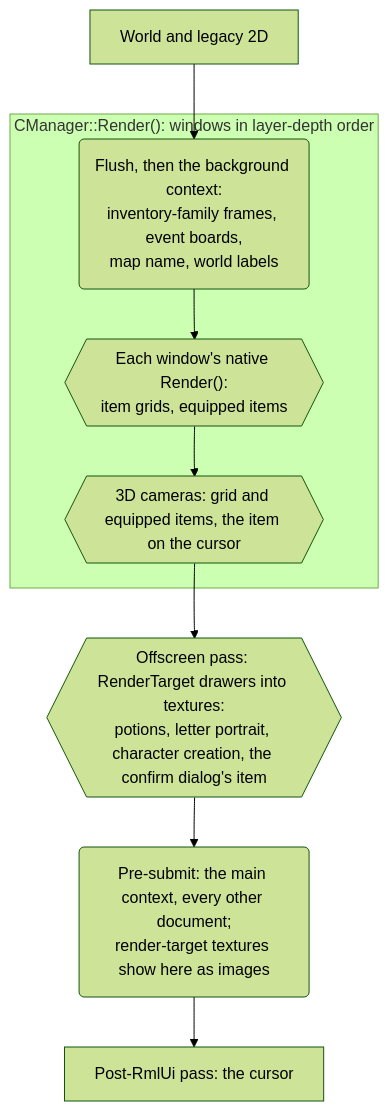
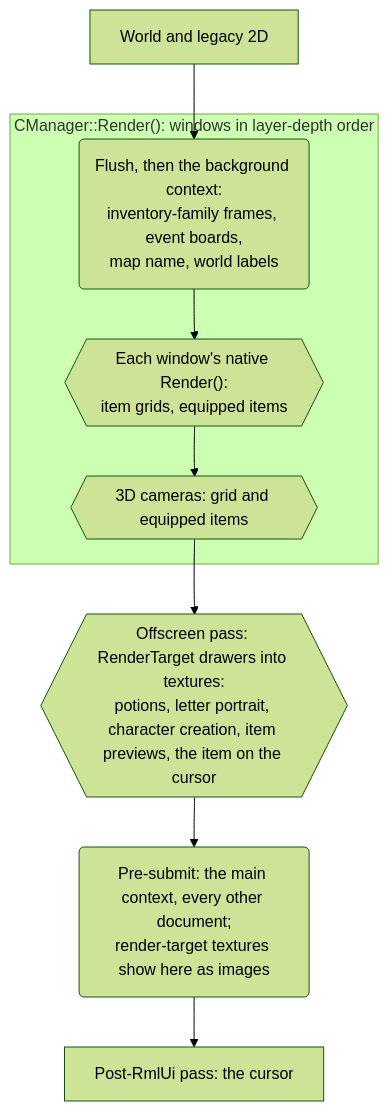
The diagram in docs/rmlui-ui-system/README.md (sven-n/MuMain), drawn with Mermaid (forest theme) before and after one commit. The commit also changed 10 other files, not shown here.

First line of the commit message:
Draw the item on the cursor into a document above every window

````diff
--- a/docs/rmlui-ui-system/README.md
+++ b/docs/rmlui-ui-system/README.md
@@ -77,13 +77,13 @@
 ```mermaid
 flowchart TD
     scene["World and legacy 2D"]
     subgraph loop["CManager::Render(): windows in layer-depth order"]
         bg("Flush, then the background context:<br/>inventory-family frames, event boards,<br/>map name, world labels")
         win{{"Each window's native Render():<br/>item grids, equipped items"}}
-        cam{{"3D cameras: grid and equipped items, the item on the cursor"}}
+        cam{{"3D cameras: grid and equipped items"}}
     end
-    rtt{{"Offscreen pass: RenderTarget drawers into textures:<br/>potions, letter portrait, character creation, the confirm dialog's item"}}
+    rtt{{"Offscreen pass: RenderTarget drawers into textures:<br/>potions, letter portrait, character creation, item previews, the item on the cursor"}}
     main("Pre-submit: the main context, every other document;<br/>render-target textures show here as images")
     post["Post-RmlUi pass: the cursor"]
     scene --> bg --> win --> cam --> rtt --> main --> post
 ```
````
